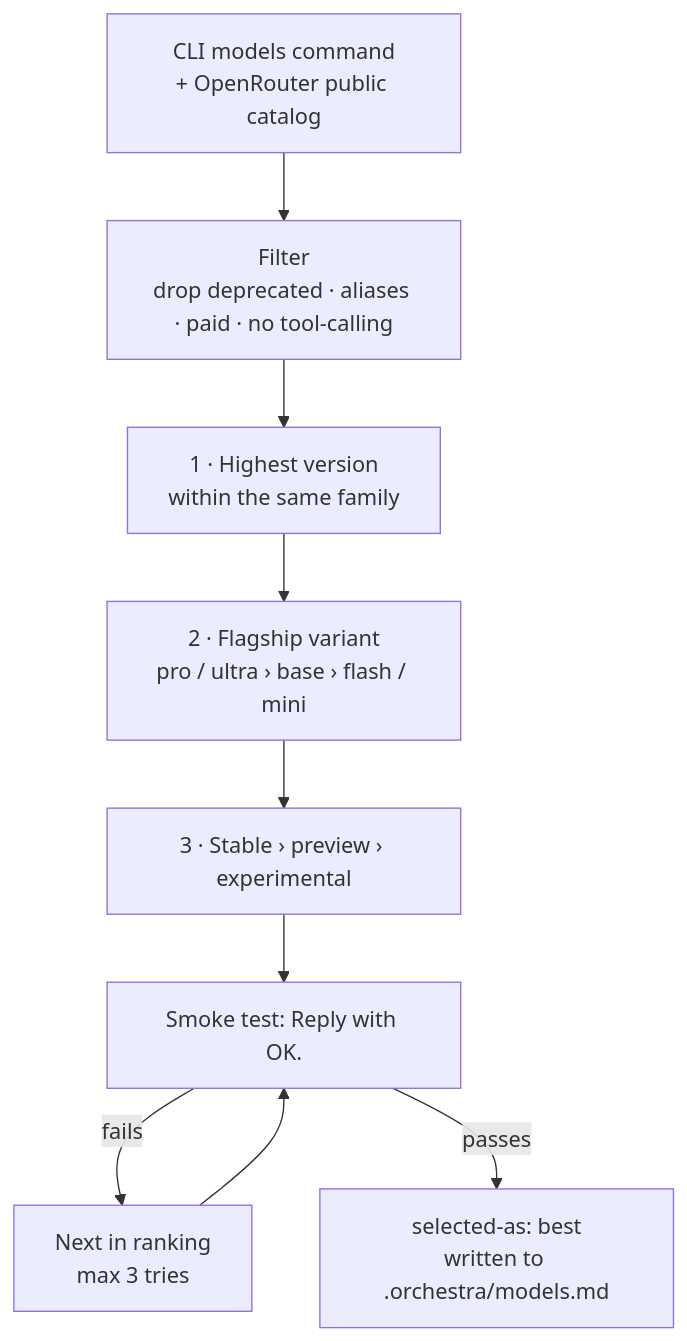
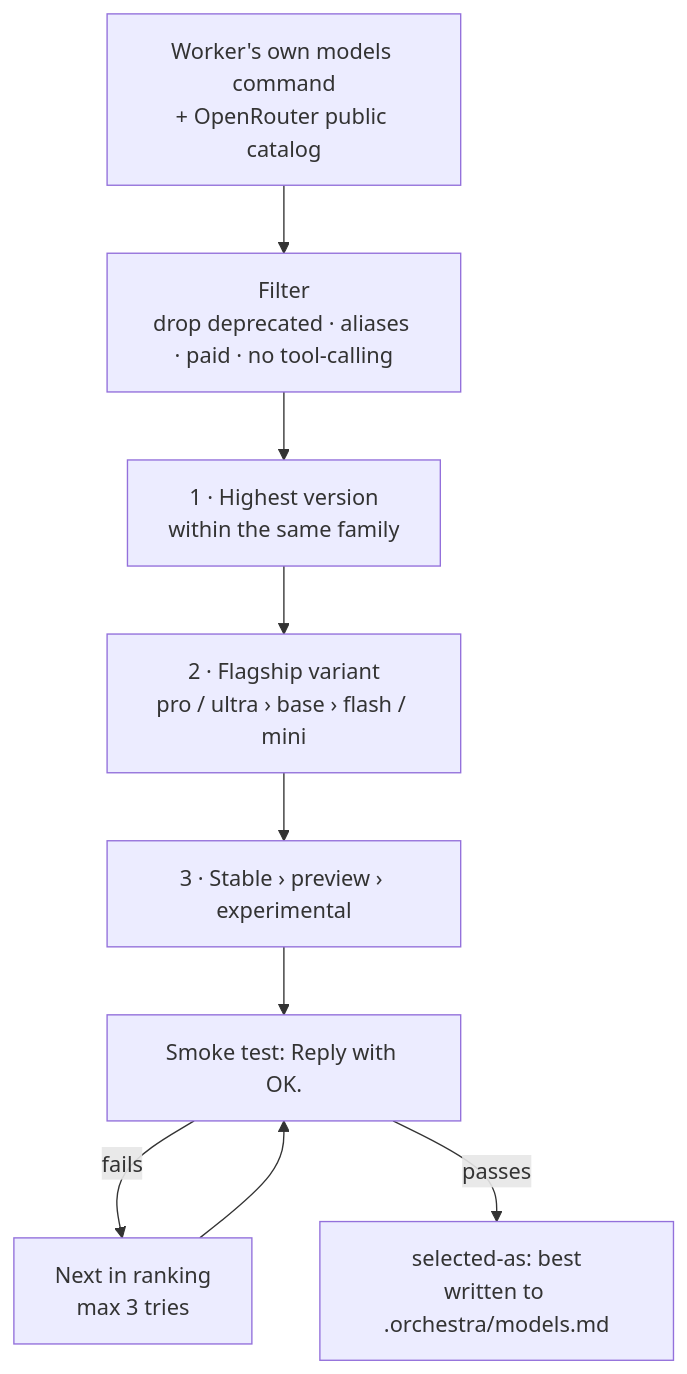
The third of 3 diagrams in README.md (yoelkh/orkestraku), drawn with Mermaid before and after one commit. The commit also changed other lines of this file and 9 other files, not shown here.

````diff
--- a/README.md
+++ b/README.md
@@ -84,10 +126,10 @@
 ```mermaid
 flowchart TD
-    C["CLI models command<br/>+ OpenRouter public catalog"] --> F["Filter<br/>drop deprecated · aliases · paid · no tool-calling"]
+    C["Worker's own models command<br/>+ OpenRouter public catalog"] --> F["Filter<br/>drop deprecated · aliases · paid · no tool-calling"]
     F --> R1["1 · Highest version<br/>within the same family"]
     R1 --> R2["2 · Flagship variant<br/>pro / ultra › base › flash / mini"]
     R2 --> R3["3 · Stable › preview › experimental"]
     R3 --> T["Smoke test: Reply with OK."]
     T -- fails --> N["Next in ranking<br/>max 3 tries"] --> T
     T -- passes --> SEL["selected-as: best<br/>written to .orchestra/models.md"]
 ```
````
